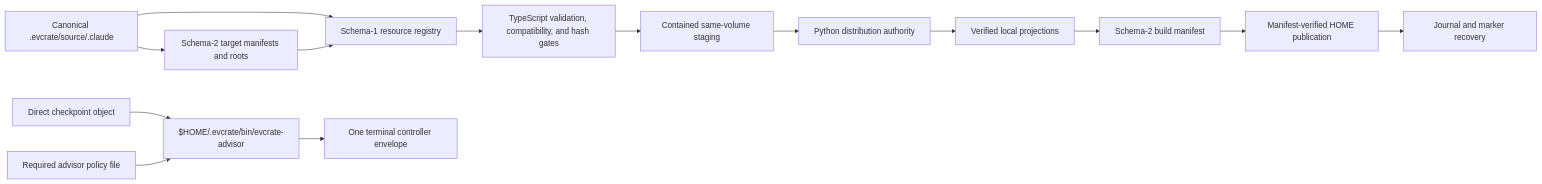
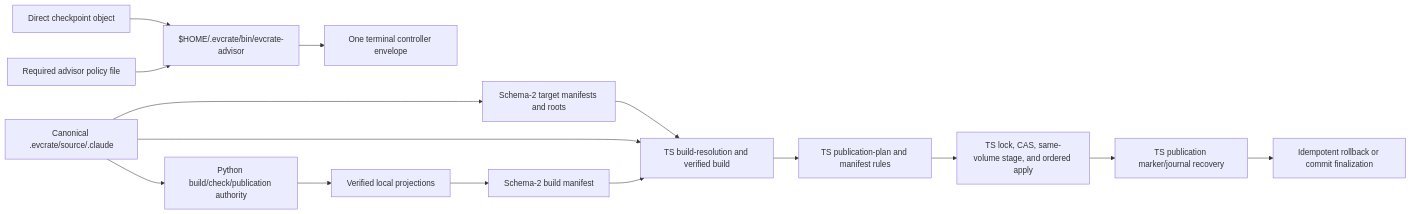
One commit to EigenCrate/evcrate changed the diagram in docs/system-architecture.md. Above: the diagram before and after it, drawn with Mermaid. The commit also changed other lines of this file and 52 other files, not shown here.

Commit message:
feat(distribution): implement atomic target publication and recovery

````diff
--- a/docs/system-architecture.md
+++ b/docs/system-architecture.md
@@ -27,17 +29,18 @@
 ```mermaid
 flowchart LR
   Source[Canonical .evcrate/source/.claude] --> TargetRegistry[Schema-2 target manifests and roots]
-  Source --> ResourceRegistry[Schema-1 resource registry]
-  TargetRegistry --> ResourceRegistry
-  ResourceRegistry --> TS[TypeScript validation, compatibility, and hash gates]
-  TS --> Stage[Contained same-volume staging]
-  Stage --> Python[Python distribution authority]
+  Source --> Build[TS build-resolution and verified build]
+  TargetRegistry --> Build
+  Build --> Plan[TS publication-plan and manifest rules]
+  Plan --> Apply[TS lock, CAS, same-volume stage, and ordered apply]
+  Apply --> TargetRecovery[TS publication marker/journal recovery]
+  Source --> Python[Python build/check/publication authority]
   Python --> Local[Verified local projections]
   Local --> Manifest[Schema-2 build manifest]
-  Manifest --> Publish[Manifest-verified HOME publication]
-  Publish --> Recovery[Journal and marker recovery]
+  Manifest --> Build
+  TargetRecovery --> Recovery[Idempotent rollback or commit finalization]
 
   Checkpoint[Direct checkpoint object] --> Controller[$HOME/.evcrate/bin/evcrate-advisor]
   Policy[Required advisor policy file] --> Controller
   Controller --> Result[One terminal controller envelope]
 ```
````
